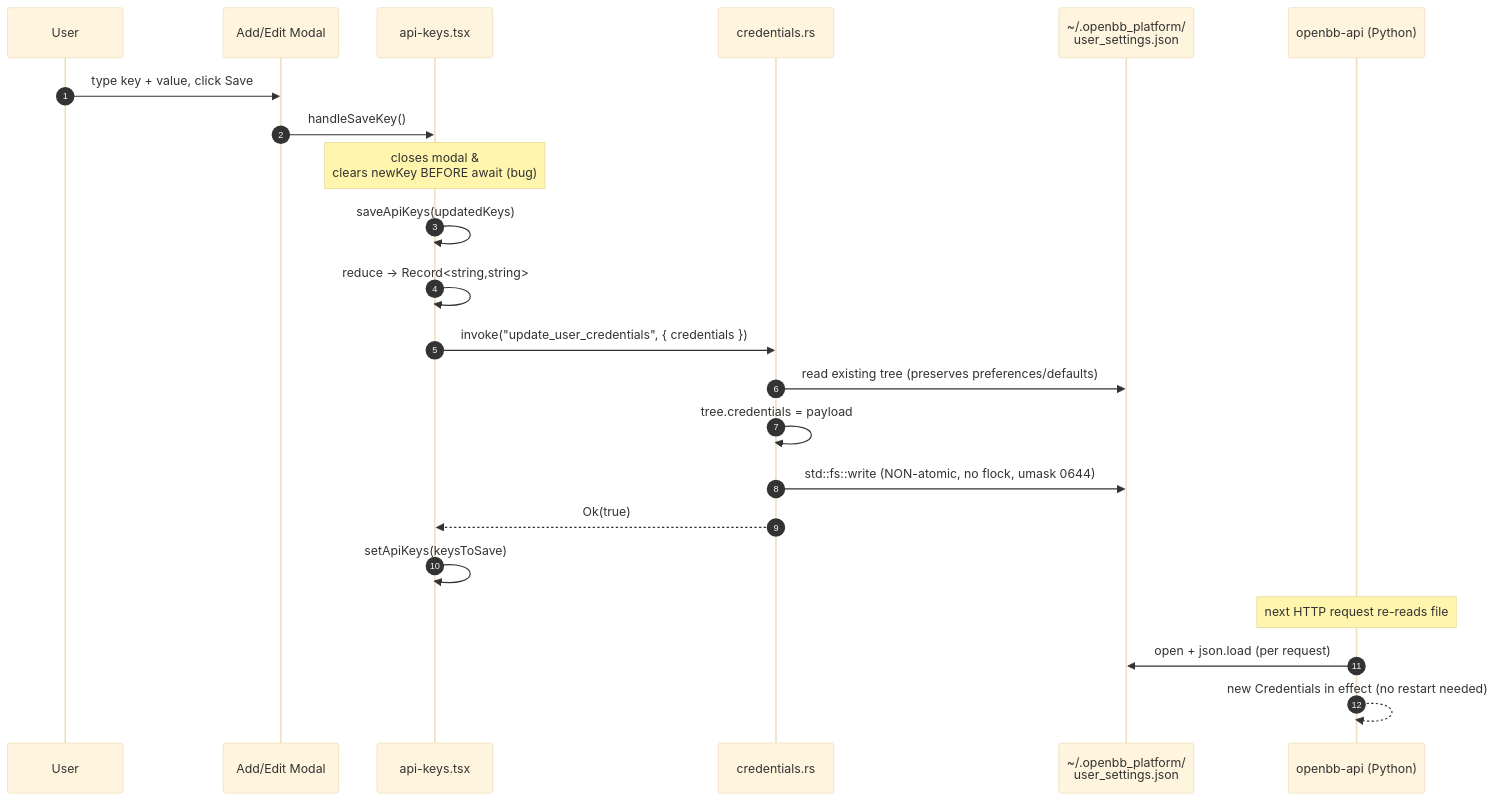
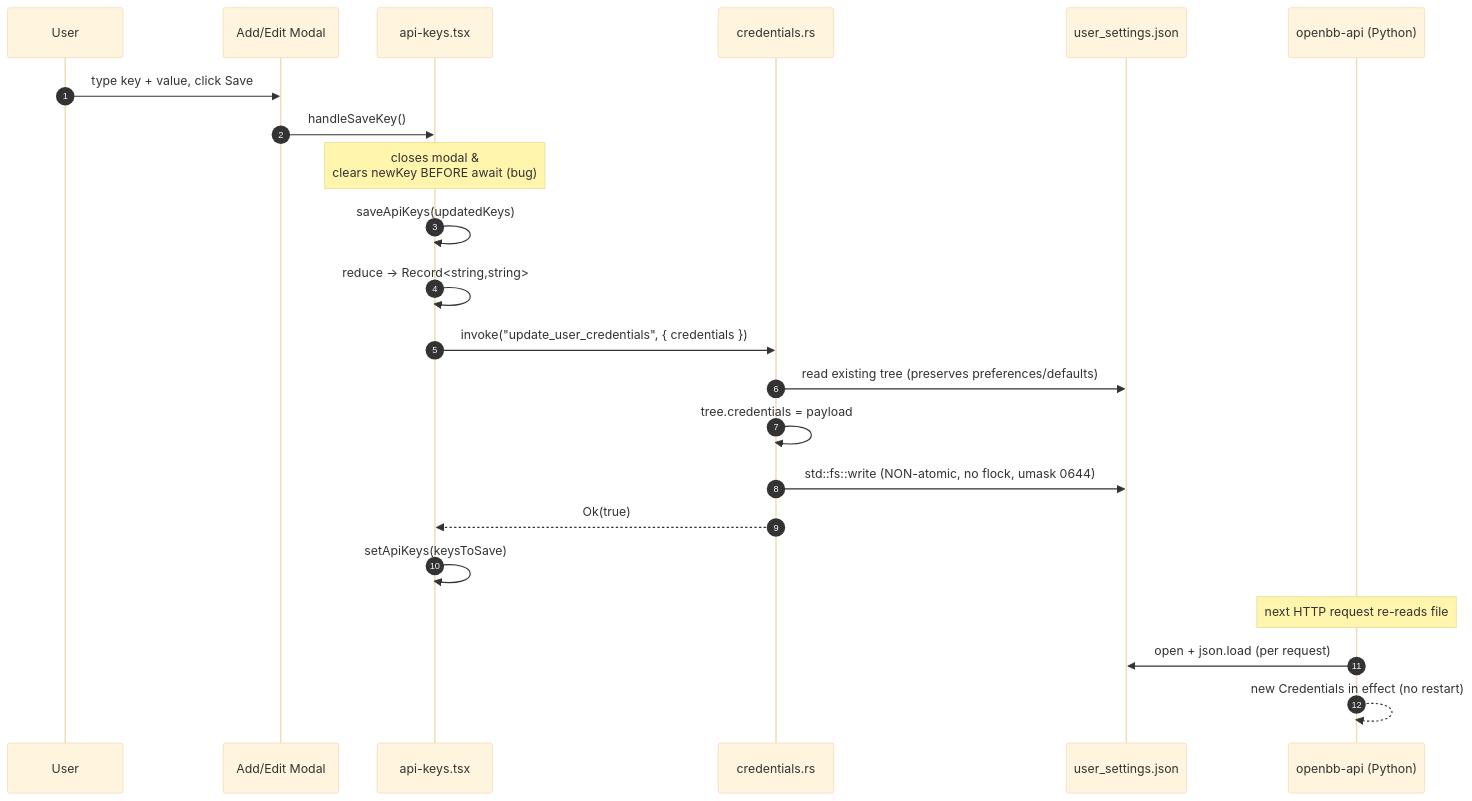
One commit to basicallyrod/OpenBBPort changed the diagram in docs/typescript-port/20-features/feature-api-keys.md. Above: the diagram before and after it, drawn with Mermaid (base theme). The commit also changed other lines of this file and 3 other files, not shown here.

````diff
--- a/docs/typescript-port/20-features/feature-api-keys.md
+++ b/docs/typescript-port/20-features/feature-api-keys.md
@@ -67,25 +65,25 @@
 ```mermaid
 sequenceDiagram
     autonumber
     participant U as User
     participant Modal as Add/Edit Modal
     participant Page as api-keys.tsx
     participant Rust as credentials.rs
-    participant FS as ~/.openbb_platform/<br/>user_settings.json
+    participant FS as user_settings.json
     participant Py as openbb-api (Python)
 
     U->>Modal: type key + value, click Save
     Modal->>Page: handleSaveKey()
     Note over Page: closes modal &<br/>clears newKey BEFORE await (bug)
     Page->>Page: saveApiKeys(updatedKeys)
     Page->>Page: reduce -> Record<string,string>
     Page->>Rust: invoke("update_user_credentials", { credentials })
     Rust->>FS: read existing tree (preserves preferences/defaults)
     Rust->>Rust: tree.credentials = payload
     Rust->>FS: std::fs::write (NON-atomic, no flock, umask 0644)
     Rust-->>Page: Ok(true)
     Page->>Page: setApiKeys(keysToSave)
     Note over Py: next HTTP request re-reads file
     Py->>FS: open + json.load (per request)
-    Py-->>Py: new Credentials in effect (no restart needed)
+    Py-->>Py: new Credentials in effect (no restart)
 ```
````
